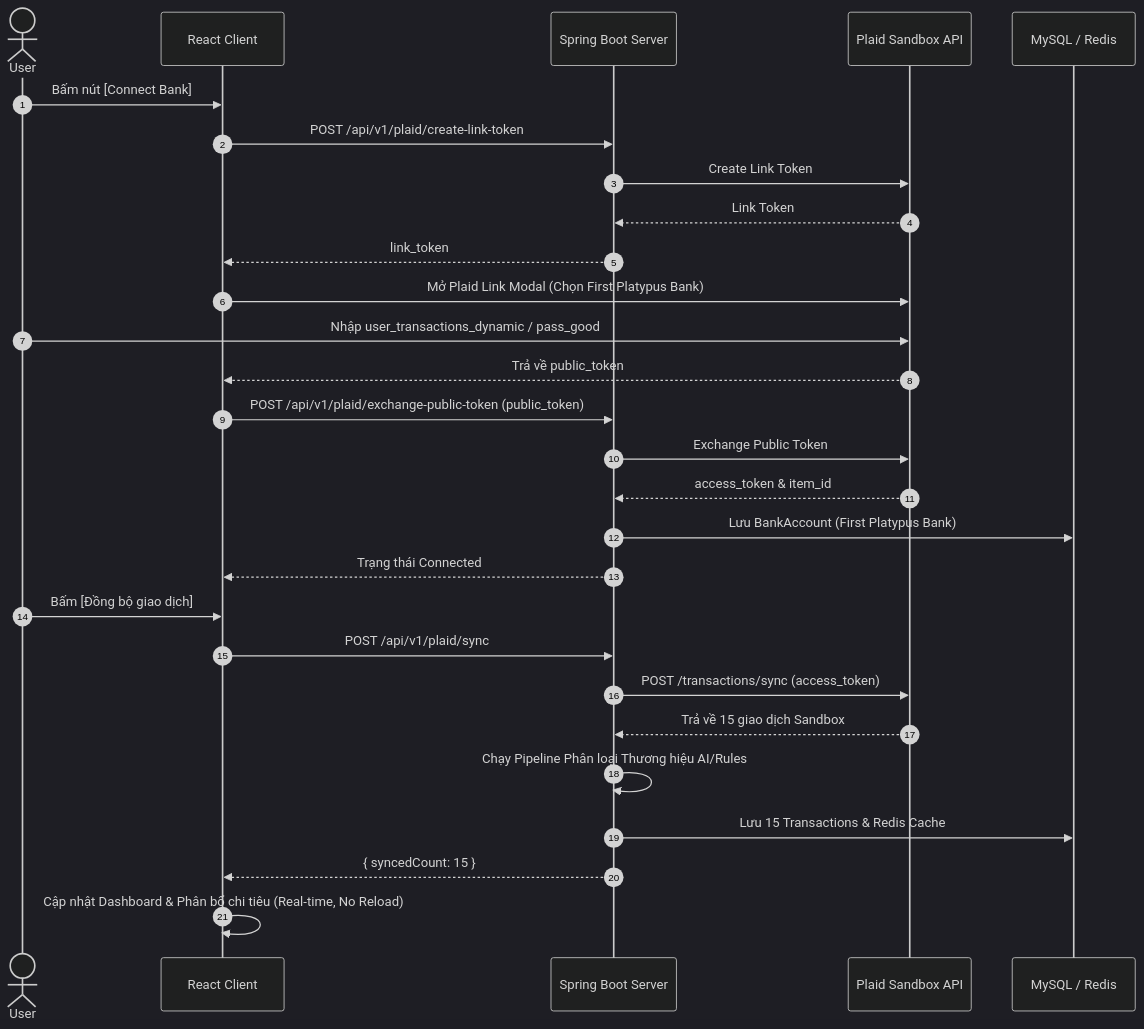
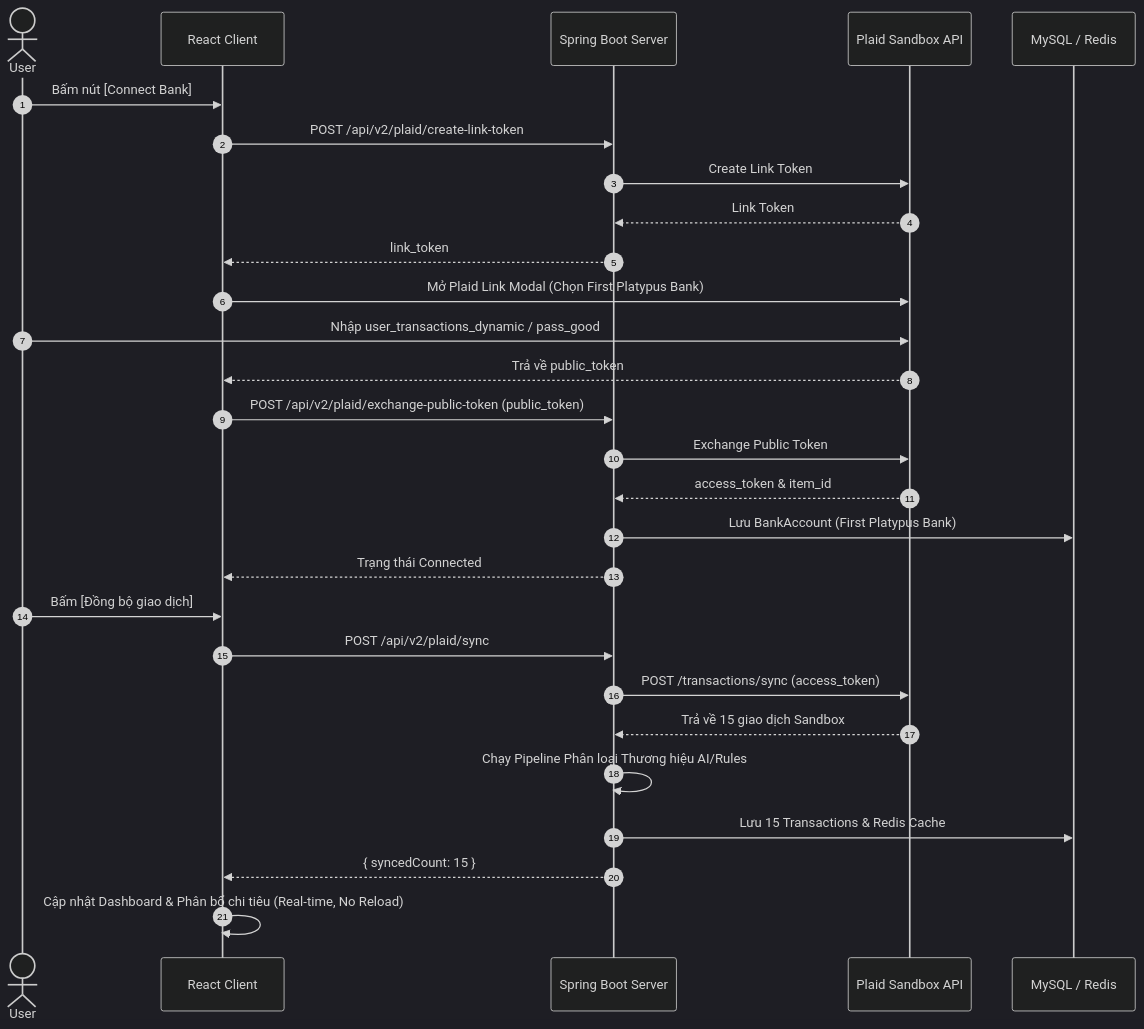
One commit to HigaWateru/NguyenManhHung_personal-finance-management changed the second of 3 diagrams in md/srs.md. Above: the diagram before and after it, drawn with Mermaid (dark theme). The commit also changed other lines of this file and 77 other files, not shown here.

````diff
--- a/md/srs.md
+++ b/md/srs.md
@@ -185,32 +185,32 @@
 ```mermaid
 sequenceDiagram
     autonumber
     actor User
     participant Client as React Client
     participant Server as Spring Boot Server
     participant Plaid as Plaid Sandbox API
     participant DB as MySQL / Redis
 
     User->>Client: Bấm nút [Connect Bank]
-    Client->>Server: POST /api/v1/plaid/create-link-token
+    Client->>Server: POST /api/v2/plaid/create-link-token
     Server->>Plaid: Create Link Token
     Plaid-->>Server: Link Token
     Server-->>Client: link_token
     Client->>Plaid: Mở Plaid Link Modal (Chọn First Platypus Bank)
     User->>Plaid: Nhập user_transactions_dynamic / pass_good
     Plaid-->>Client: Trả về public_token
-    Client->>Server: POST /api/v1/plaid/exchange-public-token (public_token)
+    Client->>Server: POST /api/v2/plaid/exchange-public-token (public_token)
     Server->>Plaid: Exchange Public Token
     Plaid-->>Server: access_token & item_id
     Server->>DB: Lưu BankAccount (First Platypus Bank)
     Server-->>Client: Trạng thái Connected
     
     User->>Client: Bấm [Đồng bộ giao dịch]
-    Client->>Server: POST /api/v1/plaid/sync
+    Client->>Server: POST /api/v2/plaid/sync
     Server->>Plaid: POST /transactions/sync (access_token)
     Plaid-->>Server: Trả về 15 giao dịch Sandbox
     Server->>Server: Chạy Pipeline Phân loại Thương hiệu AI/Rules
     Server->>DB: Lưu 15 Transactions & Redis Cache
     Server-->>Client: { syncedCount: 15 }
     Client->>Client: Cập nhật Dashboard & Phân bổ chi tiêu (Real-time, No Reload)
 ```
````
